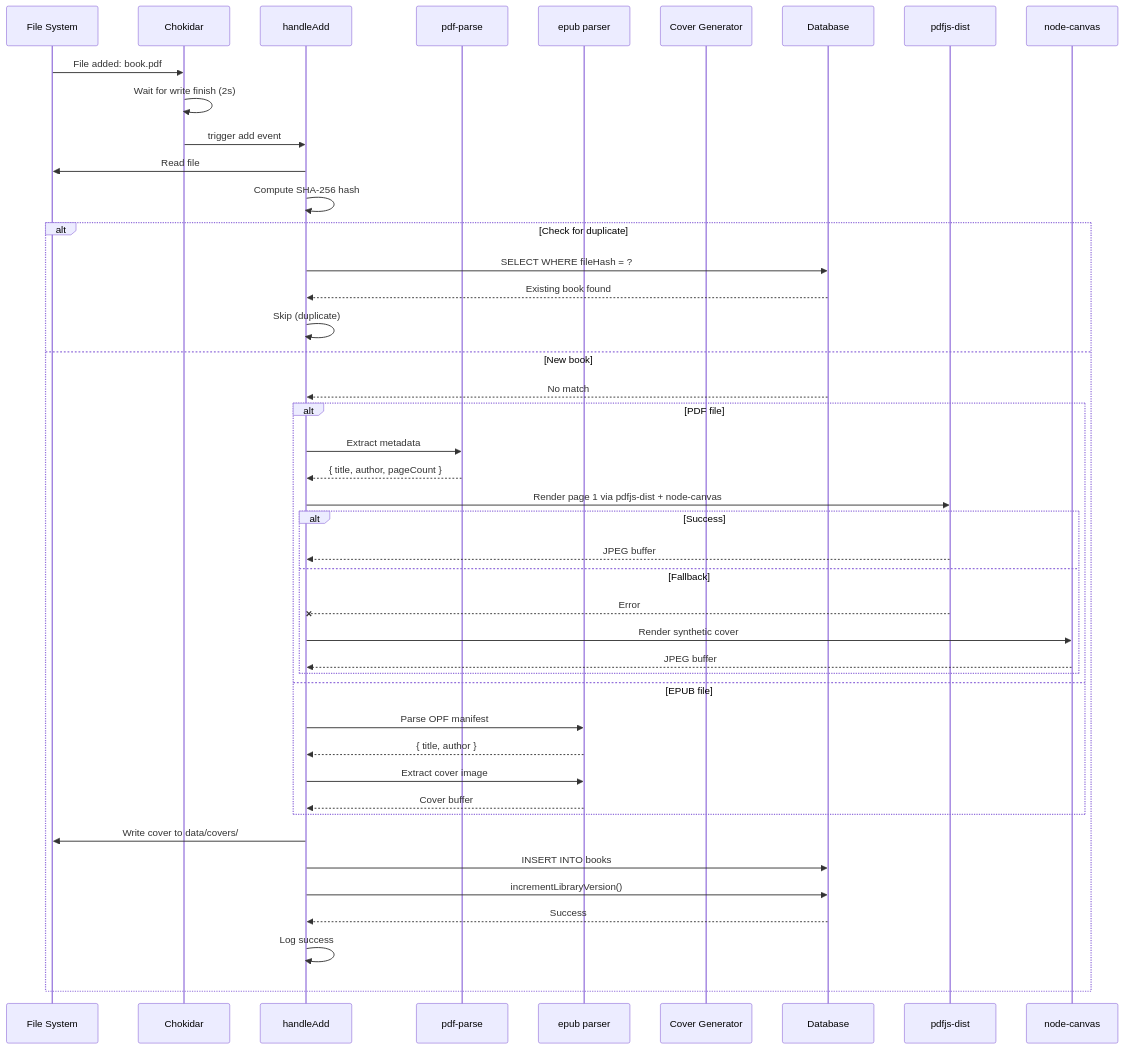
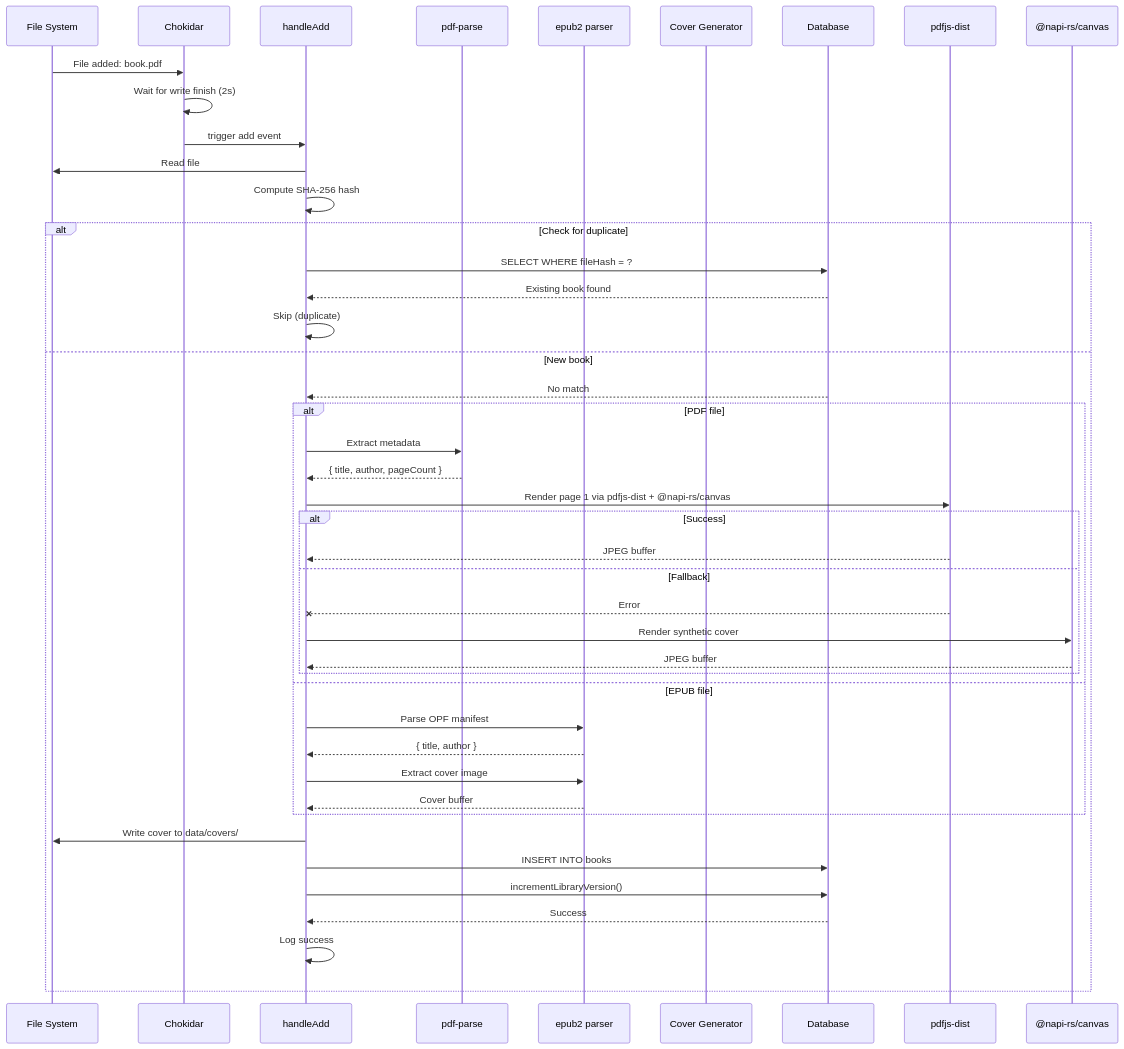
Before and after one commit to jamesacklin/alex: the second of 10 diagrams in docs/design/sequence-diagrams.md, drawn with Mermaid. The commit also changed other lines of this file and 4 other files, not shown here.

````diff
--- a/docs/design/sequence-diagrams.md
+++ b/docs/design/sequence-diagrams.md
@@ -82,52 +82,52 @@
 ```mermaid
 sequenceDiagram
     participant FS as File System
     participant Chokidar
     participant Handler as handleAdd
     participant PDF as pdf-parse
-    participant EPUB as epub parser
+    participant EPUB as epub2 parser
     participant CoverGen as Cover Generator
     participant DB as Database
     participant PdfJs as pdfjs-dist
-    participant Canvas as node-canvas
+    participant Canvas as @napi-rs/canvas
 
     FS->>Chokidar: File added: book.pdf
     Chokidar->>Chokidar: Wait for write finish (2s)
     Chokidar->>Handler: trigger add event
 
     Handler->>FS: Read file
     Handler->>Handler: Compute SHA-256 hash
 
     alt Check for duplicate
         Handler->>DB: SELECT WHERE fileHash = ?
         DB-->>Handler: Existing book found
         Handler->>Handler: Skip (duplicate)
     else New book
         DB-->>Handler: No match
 
         alt PDF file
             Handler->>PDF: Extract metadata
             PDF-->>Handler: { title, author, pageCount }
-            Handler->>PdfJs: Render page 1 via pdfjs-dist + node-canvas
+            Handler->>PdfJs: Render page 1 via pdfjs-dist + @napi-rs/canvas
             alt Success
                 PdfJs-->>Handler: JPEG buffer
             else Fallback
                 PdfJs--xHandler: Error
                 Handler->>Canvas: Render synthetic cover
                 Canvas-->>Handler: JPEG buffer
             end
         else EPUB file
             Handler->>EPUB: Parse OPF manifest
             EPUB-->>Handler: { title, author }
             Handler->>EPUB: Extract cover image
             EPUB-->>Handler: Cover buffer
         end
 
         Handler->>FS: Write cover to data/covers/
         Handler->>DB: INSERT INTO books
         Handler->>DB: incrementLibraryVersion()
         DB-->>Handler: Success
 
         Handler->>Handler: Log success
     end
 ```
````
